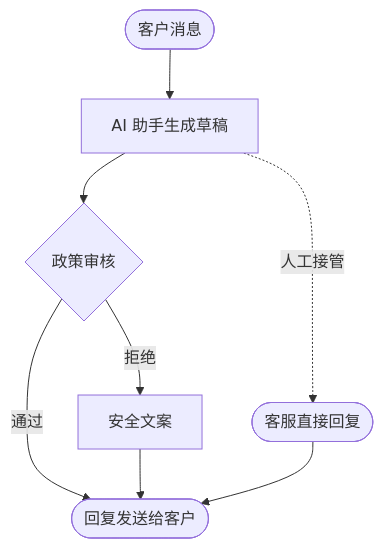
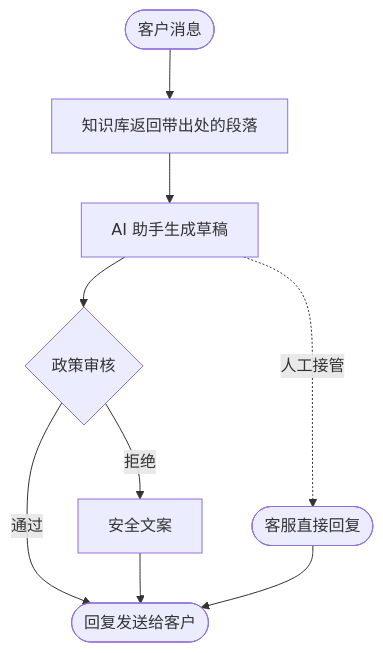
Before and after one commit to jameskkkk7/Bridge-Agents: the diagram in README.zh-CN.md, drawn with Mermaid. The commit also changed other lines of this file and 4 other files, not shown here.

````diff
--- a/README.zh-CN.md
+++ b/README.zh-CN.md
@@ -40,10 +42,11 @@
 ```mermaid
 flowchart TD
-    customer(["客户消息"]) --> assistant["AI 助手生成草稿"]
+    customer(["客户消息"]) --> retrieve["知识库返回带出处的段落"]
+    retrieve --> assistant["AI 助手生成草稿"]
     assistant --> review{"政策审核"}
     review -->|通过| sent(["回复发送给客户"])
     review -->|拒绝| fallback["安全文案"]
     fallback --> sent
     assistant -.->|人工接管| teammate(["客服直接回复"])
     teammate --> sent
 ```
````
